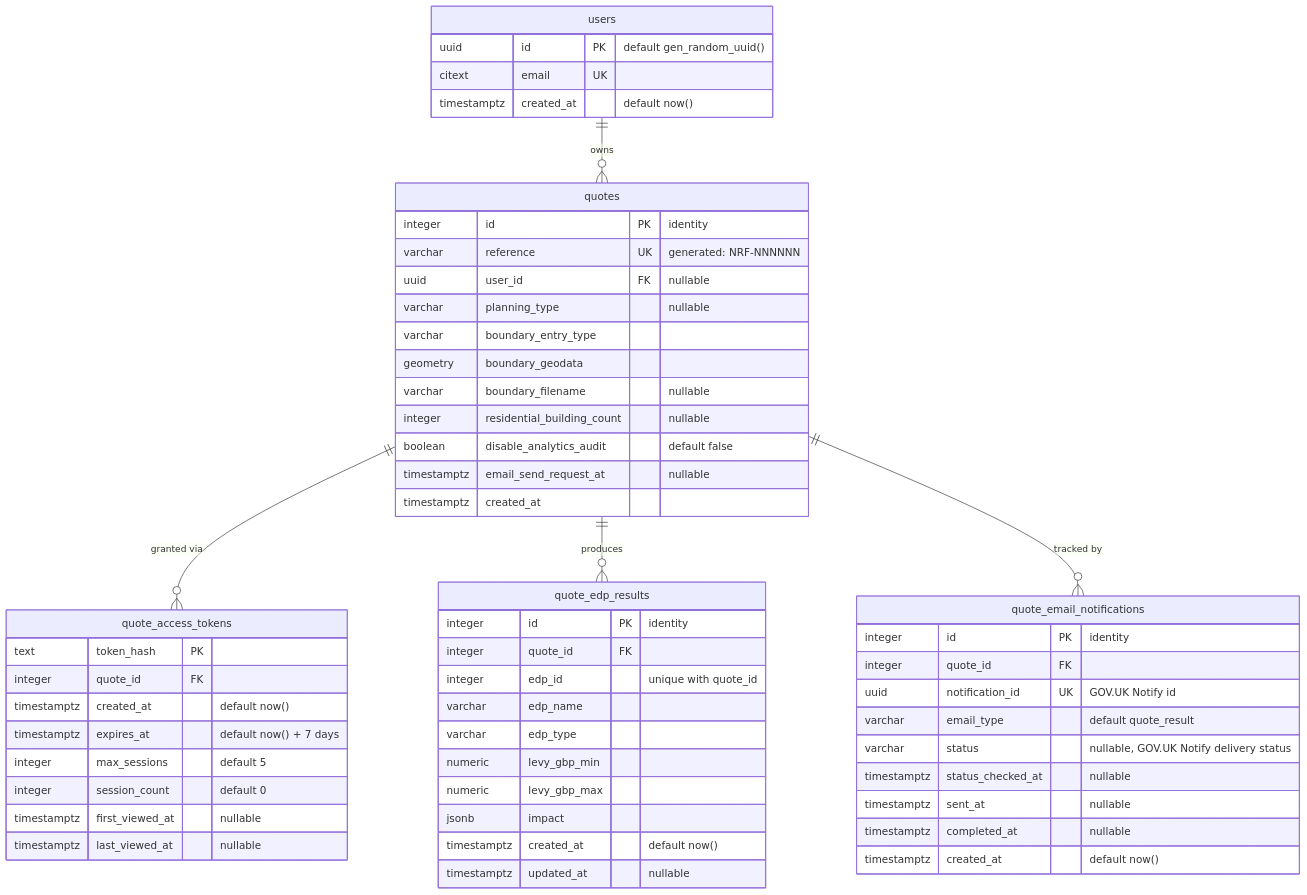
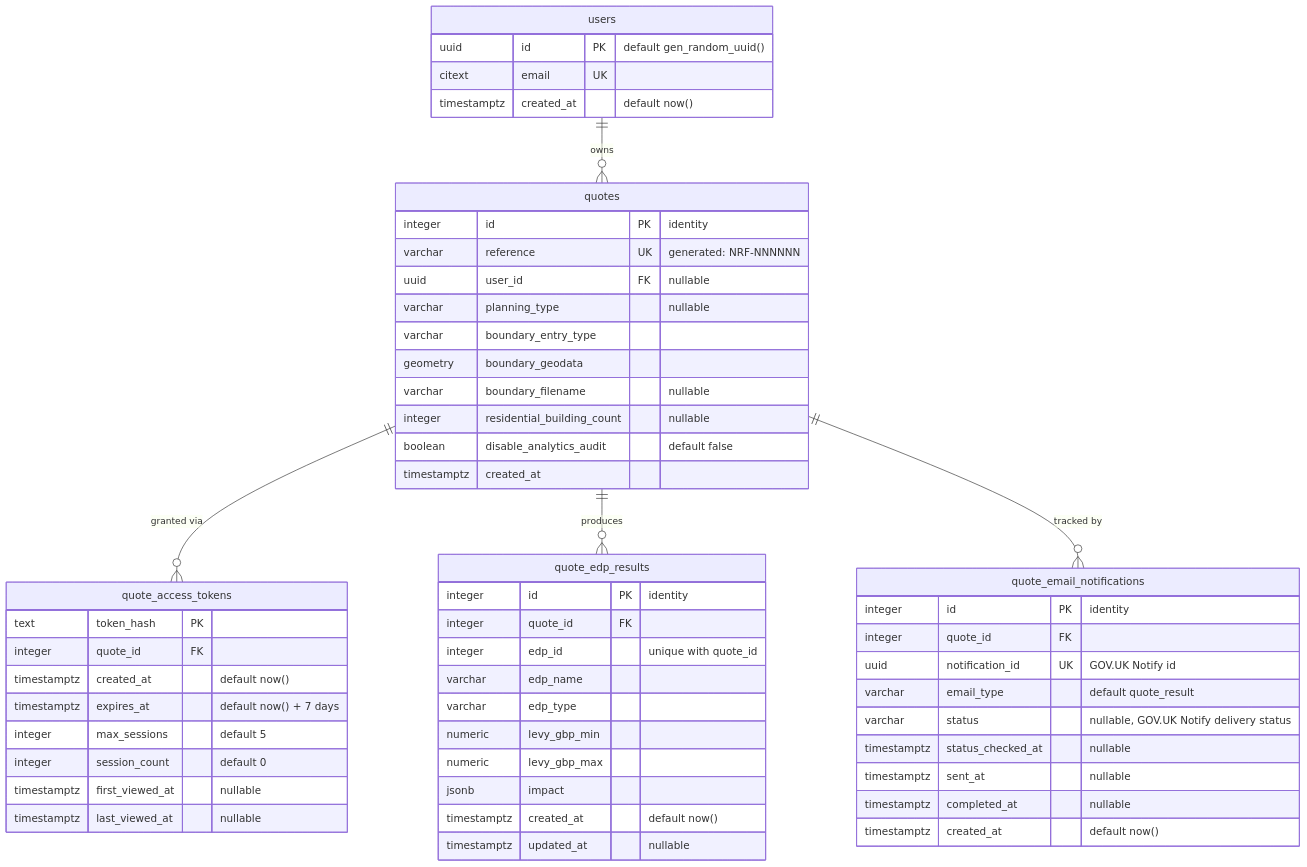
The diagram in docs/quote-database-diagram.md (DEFRA/nrf-backend), drawn with Mermaid before and after one commit. The commit also changed other lines of this file and 12 other files, not shown here.

Commit message:
remove quotes email send request at field

````diff
--- a/docs/quote-database-diagram.md
+++ b/docs/quote-database-diagram.md
@@ -10,63 +10,62 @@
 ```mermaid
 erDiagram
     users ||--o{ quotes : "owns"
     quotes ||--o{ quote_access_tokens : "granted via"
     quotes ||--o{ quote_edp_results : "produces"
     quotes ||--o{ quote_email_notifications : "tracked by"
 
     users {
         uuid id PK "default gen_random_uuid()"
         citext email UK
         timestamptz created_at "default now()"
     }
 
     quotes {
         integer id PK "identity"
         varchar reference UK "generated: NRF-NNNNNN"
         uuid user_id FK "nullable"
         varchar planning_type "nullable"
         varchar boundary_entry_type
         geometry boundary_geodata
         varchar boundary_filename "nullable"
         integer residential_building_count "nullable"
         boolean disable_analytics_audit "default false"
-        timestamptz email_send_request_at "nullable"
         timestamptz created_at
     }
 
     quote_access_tokens {
         text token_hash PK
         integer quote_id FK
         timestamptz created_at "default now()"
         timestamptz expires_at "default now() + 7 days"
         integer max_sessions "default 5"
         integer session_count "default 0"
         timestamptz first_viewed_at "nullable"
         timestamptz last_viewed_at "nullable"
     }
 
     quote_edp_results {
         integer id PK "identity"
         integer quote_id FK
         integer edp_id "unique with quote_id"
         varchar edp_name
         varchar edp_type
         numeric levy_gbp_min
         numeric levy_gbp_max
         jsonb impact
         timestamptz created_at "default now()"
         timestamptz updated_at "nullable"
     }
 
     quote_email_notifications {
         integer id PK "identity"
         integer quote_id FK
         uuid notification_id UK "GOV.UK Notify id"
         varchar email_type "default quote_result"
         varchar status "nullable, GOV.UK Notify delivery status"
         timestamptz status_checked_at "nullable"
         timestamptz sent_at "nullable"
         timestamptz completed_at "nullable"
         timestamptz created_at "default now()"
     }
 ```
````
